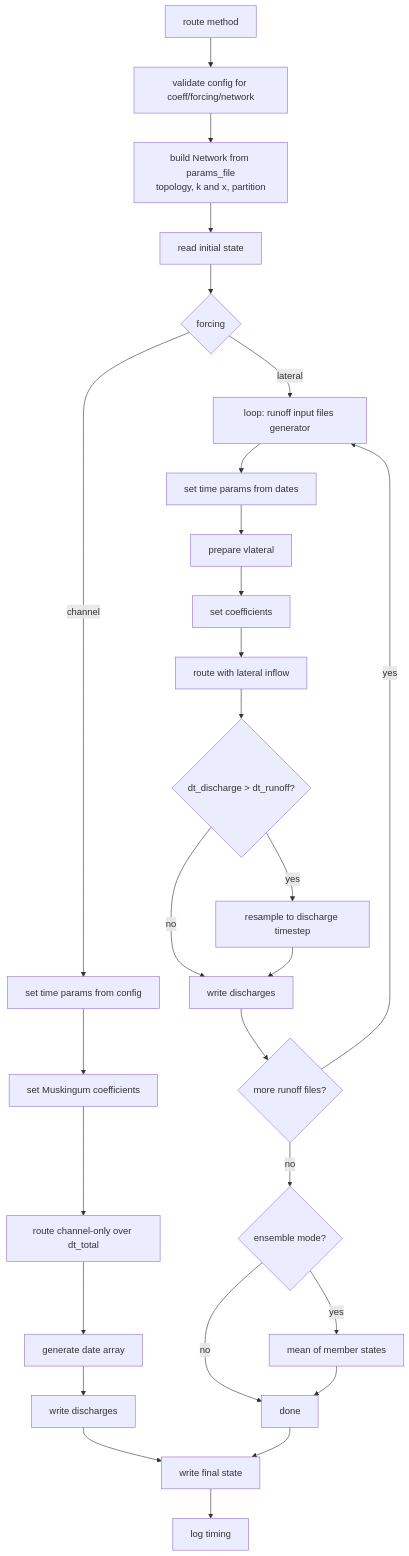
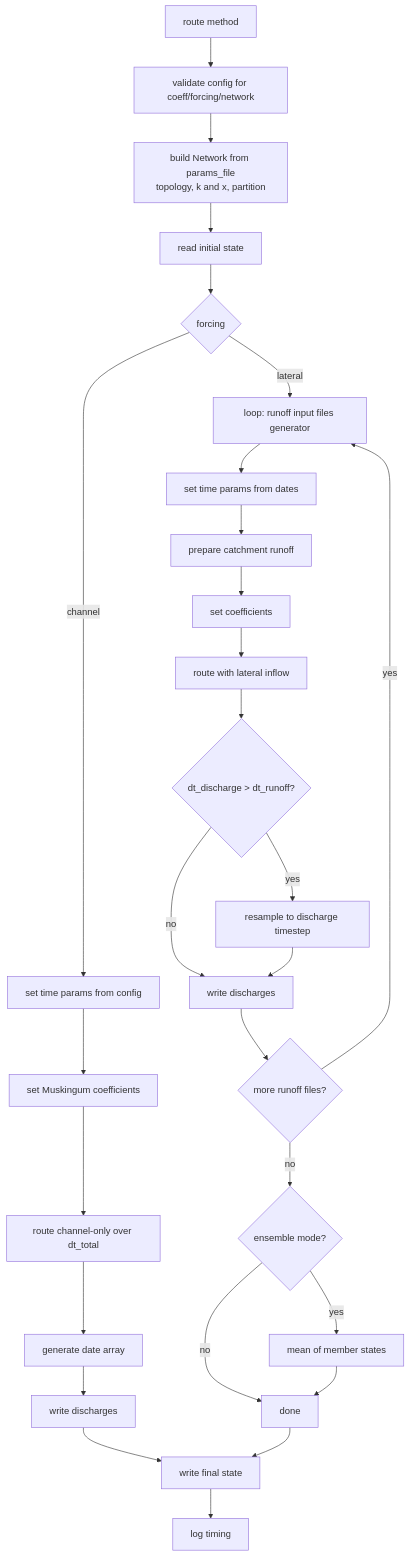
Before and after one commit to rileyhales/river-route: the diagram in docs/tutorial/advanced.md, drawn with Mermaid. The commit also changed other lines of this file and 60 other files, not shown here.

````diff
--- a/docs/tutorial/advanced.md
+++ b/docs/tutorial/advanced.md
@@ -3,33 +3,33 @@
 ```mermaid
 graph TD
     A[route method] --> B[validate config for coeff/forcing/network]
     B --> C[build Network from params_file<br/>topology, k and x, partition]
     C --> D[read initial state]
     D --> E{forcing}
 
     E -->|channel| F[set time params from config]
     F --> G[set Muskingum coefficients]
     G --> H[route channel-only over dt_total]
     H --> I[generate date array]
     I --> J[write discharges]
 
     E -->|lateral| K[loop: runoff input files generator]
     K --> L[set time params from dates]
-    L --> M[prepare vlateral]
+    L --> M[prepare catchment runoff]
     M --> N[set coefficients]
     N --> O[route with lateral inflow]
     O --> P{dt_discharge > dt_runoff?}
     P -->|yes| Q[resample to discharge timestep]
     P -->|no| R[write discharges]
     Q --> R
     R --> S{more runoff files?}
     S -->|yes| K
     S -->|no| T{ensemble mode?}
     T -->|yes| U[mean of member states]
     T -->|no| V[done]
     U --> V
 
     J --> W[write final state]
     V --> W
     W --> X[log timing]
 ```
````
